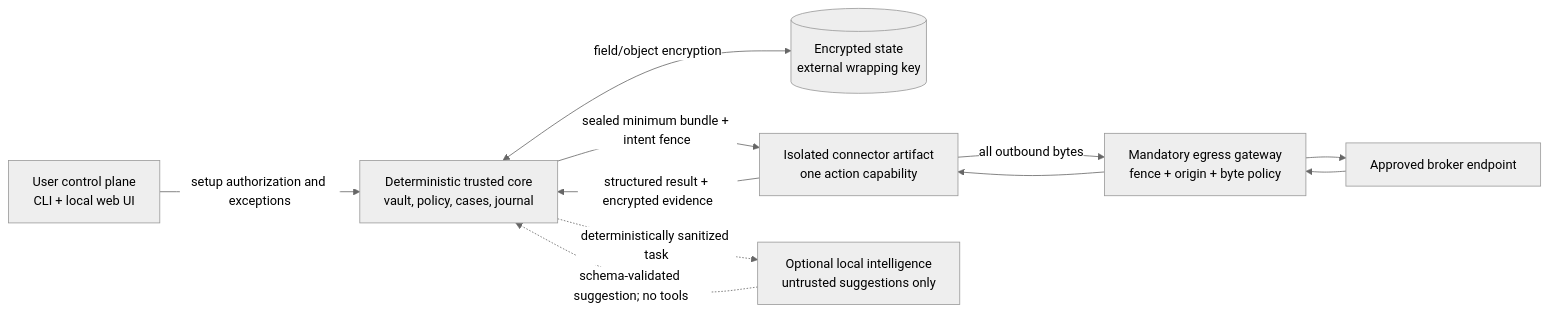
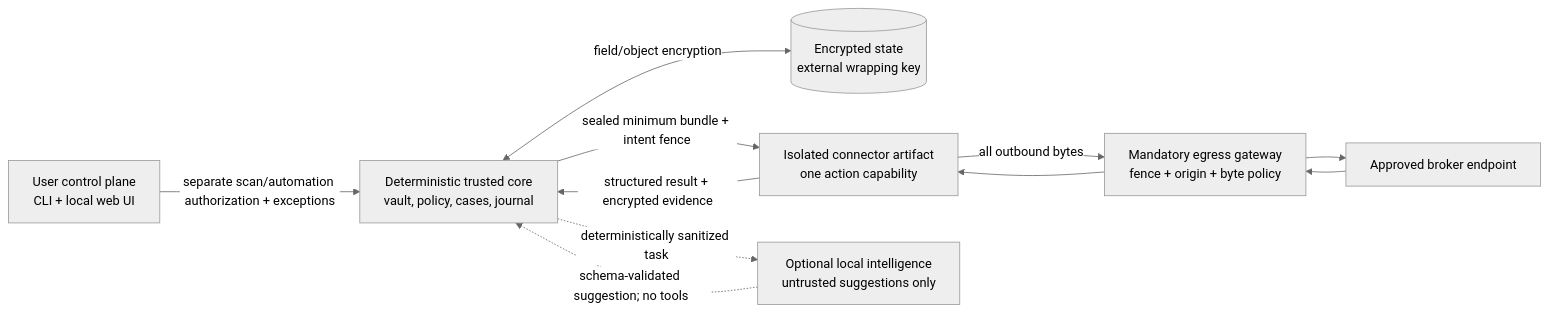
One commit to Ninja91/MyCogni changed the diagram in README.md. Above: the diagram before and after it, drawn with Mermaid (neutral theme). The commit also changed other lines of this file and 34 other files, not shown here.

````diff
--- a/README.md
+++ b/README.md
@@ -48,20 +48,20 @@
 ```mermaid
 flowchart LR
     user["User control plane<br/>CLI + local web UI"]
     core["Deterministic trusted core<br/>vault, policy, cases, journal"]
     state[("Encrypted state<br/>external wrapping key")]
     runner["Isolated connector artifact<br/>one action capability"]
     egress["Mandatory egress gateway<br/>fence + origin + byte policy"]
     broker["Approved broker endpoint"]
     assist["Optional local intelligence<br/>untrusted suggestions only"]
 
-    user -->|"setup authorization and exceptions"| core
+    user -->|"separate scan/automation authorization + exceptions"| core
     core <-->|"field/object encryption"| state
     core -->|"sealed minimum bundle + intent fence"| runner
     runner -->|"all outbound bytes"| egress
     egress --> broker
     broker --> egress --> runner
     runner -->|"structured result + encrypted evidence"| core
     core -.->|"deterministically sanitized task"| assist
     assist -.->|"schema-validated suggestion; no tools"| core
 ```
````
